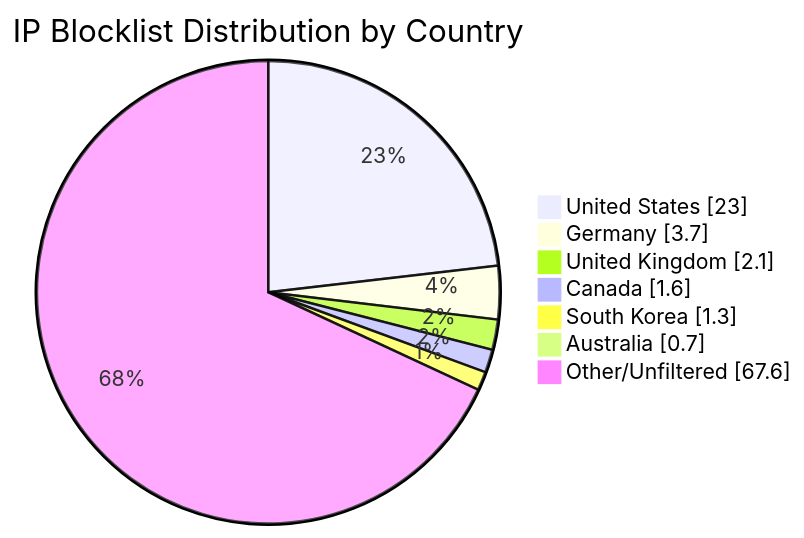
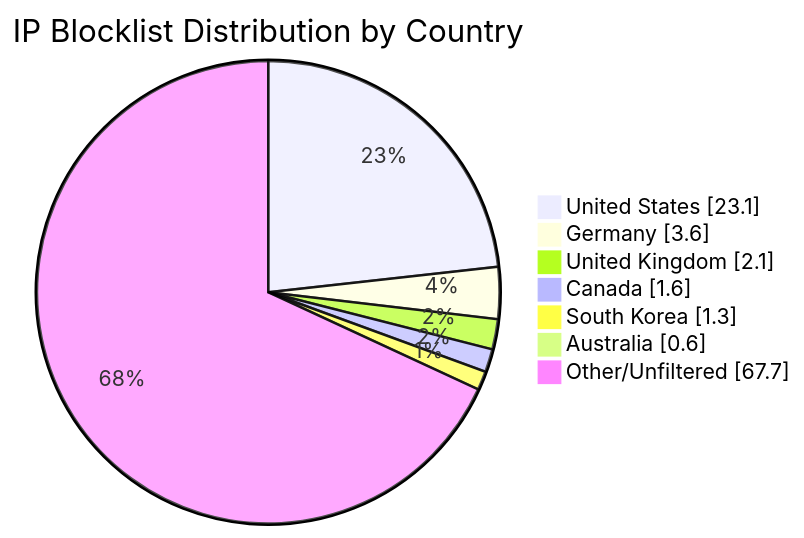
Before and after one commit to MarcusHoltz/ipblocklist-geofiltered-aggregator: the diagram in README.md, drawn with Mermaid. The commit also changed other lines of this file and 9 other files, not shown here.

````diff
--- a/README.md
+++ b/README.md
@@ -34,10 +34,10 @@
 ```mermaid
 pie showData title IP Blocklist Distribution by Country
-"United States" : 23.0
-"Germany" : 3.7
+"United States" : 23.1
+"Germany" : 3.6
 "United Kingdom" : 2.1
 "Canada" : 1.6
 "South Korea" : 1.3
-"Australia" : 0.7
-"Other/Unfiltered" : 67.6
+"Australia" : 0.6
+"Other/Unfiltered" : 67.7
 ```
````
